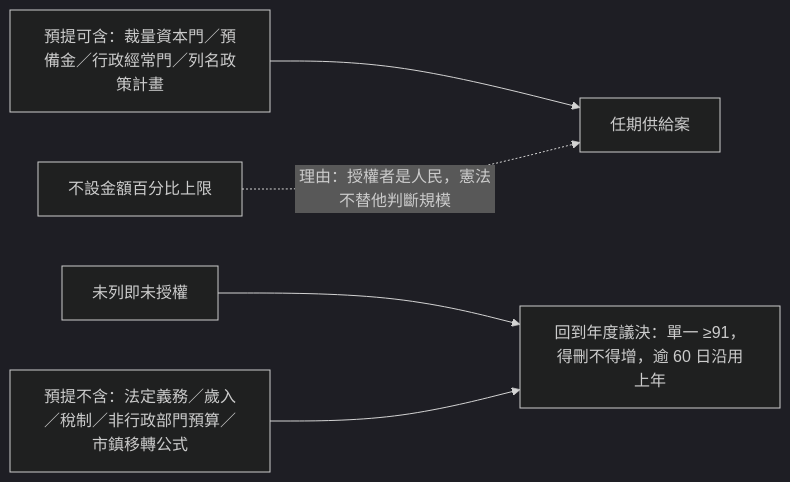
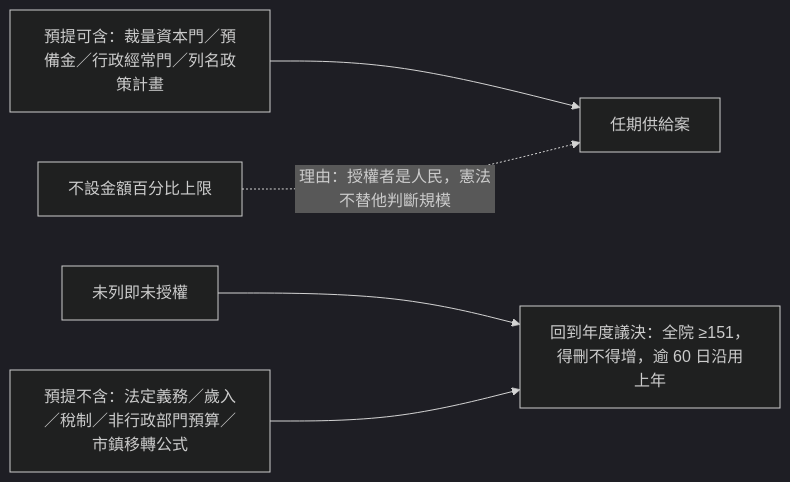
One commit to IRonROOT578/Political-Economy-Research-Public changed the fourth of 13 diagrams in topics/regime-designs/designs/俄羅斯/一院總統制/憲政架構圖.md. Above: the diagram before and after it, drawn with Mermaid (dark theme). The commit also changed other lines of this file and 241 other files, not shown here.

````diff
--- a/topics/regime-designs/designs/俄羅斯/一院總統制/憲政架構圖.md
+++ b/topics/regime-designs/designs/俄羅斯/一院總統制/憲政架構圖.md
@@ -55,9 +55,9 @@
 ```mermaid
 flowchart LR
   In[預提可含：裁量資本門／預備金／行政經常門／列名政策計畫]
   Out[預提不含：法定義務／歲入／稅制／非行政部門預算／市鎮移轉公式]
-  D1[未列即未授權] --> Rest[回到年度議決：單一 ≥91，得刪不得增，逾 60 日沿用上年]
+  D1[未列即未授權] --> Rest[回到年度議決：全院 ≥151，得刪不得增，逾 60 日沿用上年]
   In --> Bundle[任期供給案]
   Out --> Rest
   NoCap[不設金額百分比上限] -.->|理由：授權者是人民，憲法不替他判斷規模| Bundle
 ```
````
